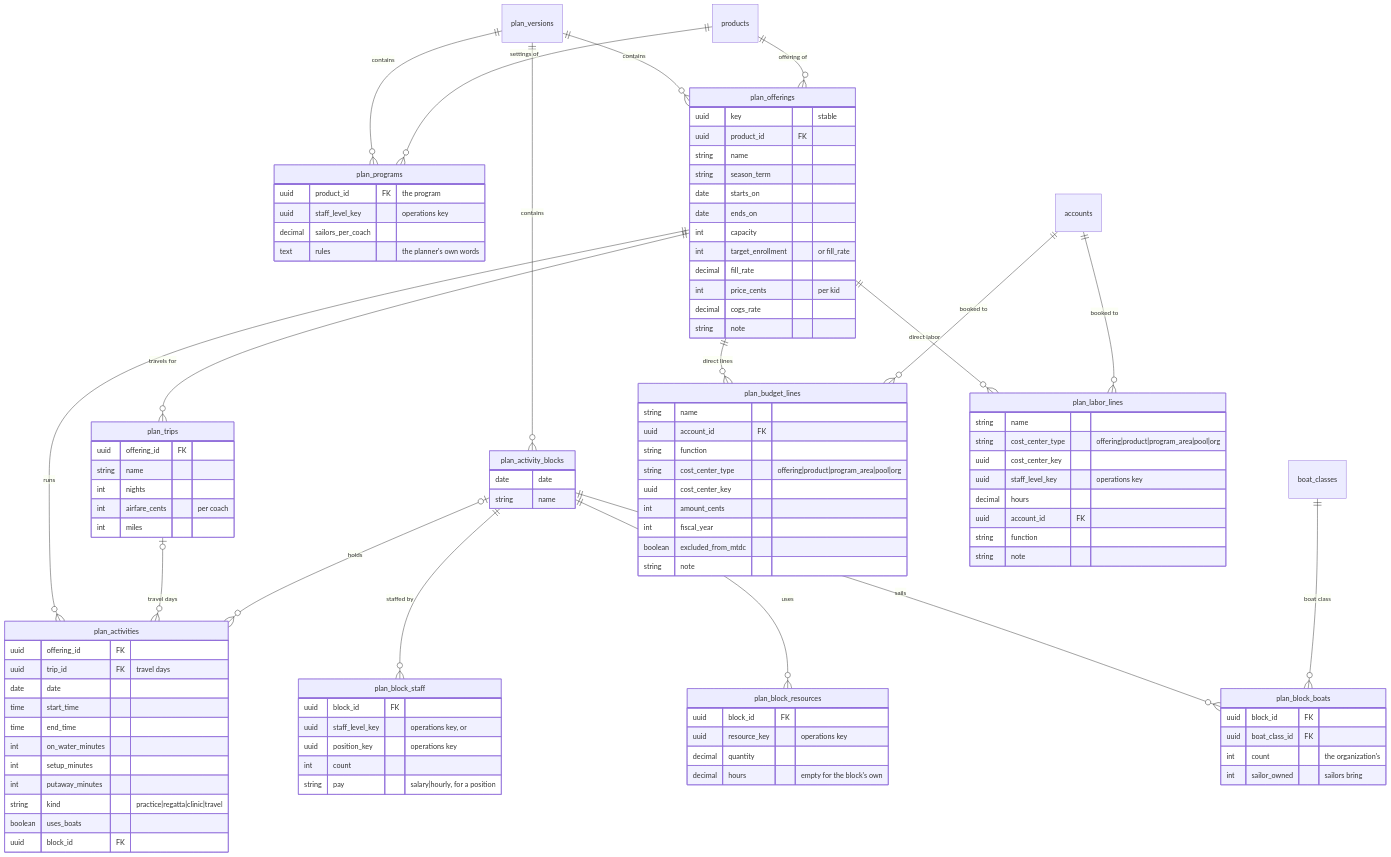
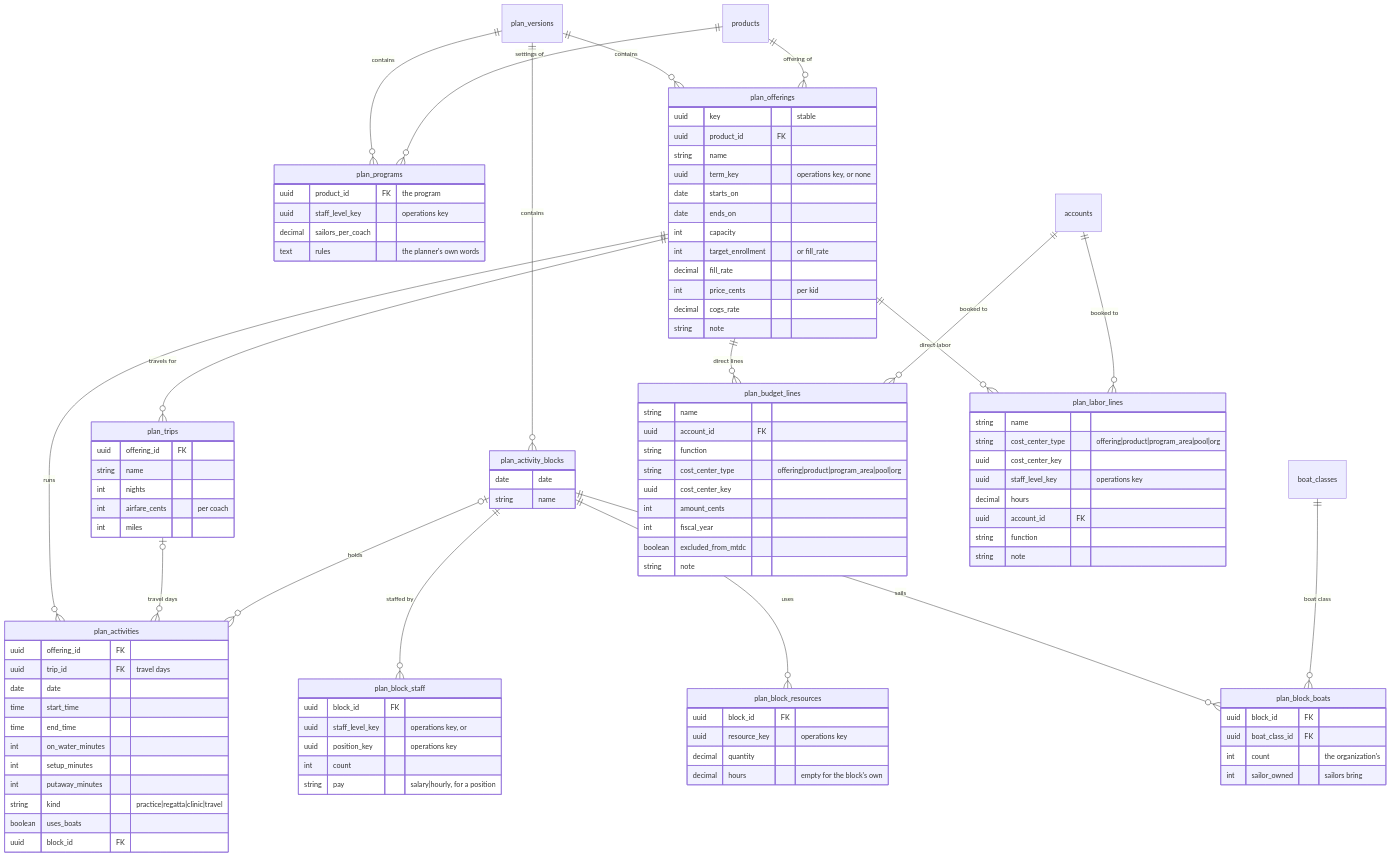
Before and after one commit to cyc-seattle/platform: the fourth of 7 diagrams in docs/planning-schema.md, drawn with Mermaid. The commit also changed other lines of this file and 15 other files, not shown here.

```diff
--- a/docs/planning-schema.md
+++ b/docs/planning-schema.md
@@ -296,7 +296,7 @@
         uuid key "stable"
         uuid product_id FK
         string name
-        string season_term
+        uuid term_key "operations key, or none"
         date starts_on
         date ends_on
         int capacity
```
